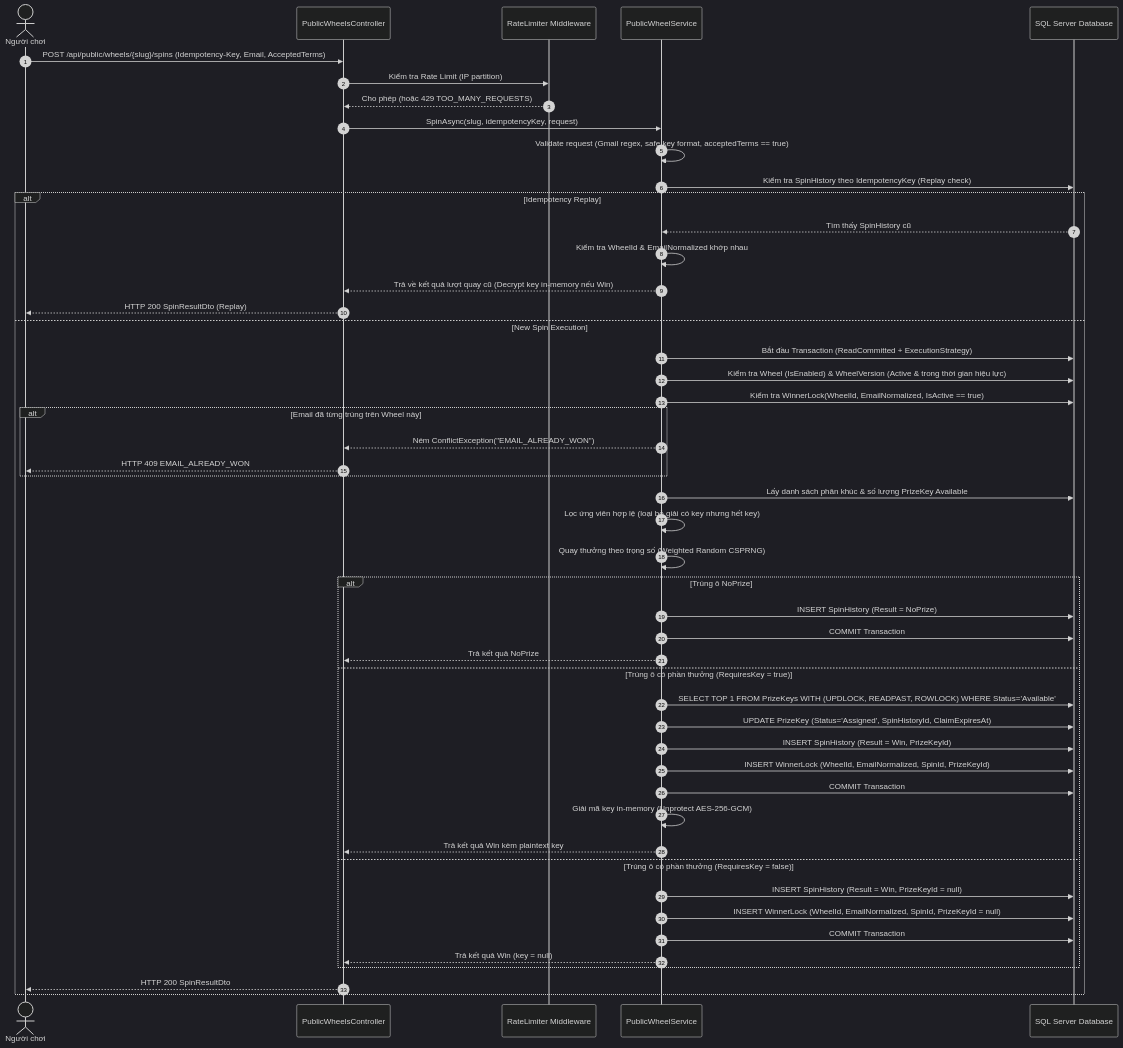
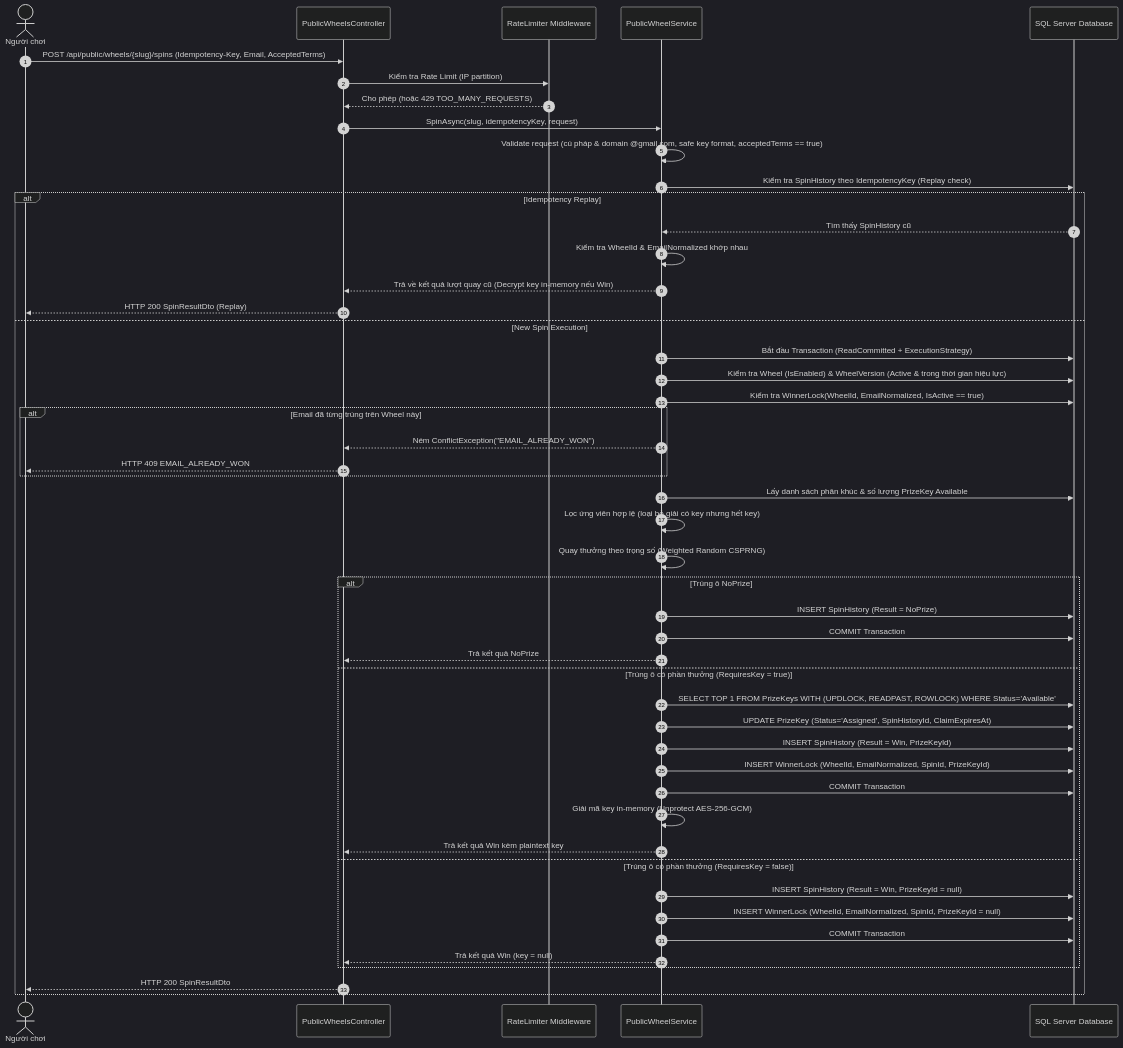
One commit to quangpromen/lucky-wheel-vouchers changed the diagram in src/doc/08-PUBLIC-WHEEL-AND-SPIN-ENGINE.md. Above: the diagram before and after it, drawn with Mermaid (dark theme). The commit also changed other lines of this file and 24 other files, not shown here.

````diff
--- a/src/doc/08-PUBLIC-WHEEL-AND-SPIN-ENGINE.md
+++ b/src/doc/08-PUBLIC-WHEEL-AND-SPIN-ENGINE.md
@@ -21,56 +21,56 @@
 ```mermaid
 sequenceDiagram
     autonumber
     actor Player as Người chơi
     participant Api as PublicWheelsController
     participant Limiter as RateLimiter Middleware
     participant Engine as PublicWheelService
     participant DB as SQL Server Database
 
     Player->>Api: POST /api/public/wheels/{slug}/spins (Idempotency-Key, Email, AcceptedTerms)
     Api->>Limiter: Kiểm tra Rate Limit (IP partition)
     Limiter-->>Api: Cho phép (hoặc 429 TOO_MANY_REQUESTS)
     Api->>Engine: SpinAsync(slug, idempotencyKey, request)
     
-    Engine->>Engine: Validate request (Gmail regex, safe key format, acceptedTerms == true)
+    Engine->>Engine: Validate request (cú pháp & domain @gmail.com, safe key format, acceptedTerms == true)
     
     Engine->>DB: Kiểm tra SpinHistory theo IdempotencyKey (Replay check)
     alt Idempotency Replay
         DB-->>Engine: Tìm thấy SpinHistory cũ
         Engine->>Engine: Kiểm tra WheelId & EmailNormalized khớp nhau
         Engine-->>Api: Trả về kết quả lượt quay cũ (Decrypt key in-memory nếu Win)
         Api-->>Player: HTTP 200 SpinResultDto (Replay)
     else New Spin Execution
         Engine->>DB: Bắt đầu Transaction (ReadCommitted + ExecutionStrategy)
         Engine->>DB: Kiểm tra Wheel (IsEnabled) & WheelVersion (Active & trong thời gian hiệu lực)
         Engine->>DB: Kiểm tra WinnerLock(WheelId, EmailNormalized, IsActive == true)
         alt Email đã từng trúng trên Wheel này
             Engine-->>Api: Ném ConflictException("EMAIL_ALREADY_WON")
             Api-->>Player: HTTP 409 EMAIL_ALREADY_WON
         end
         
         Engine->>DB: Lấy danh sách phân khúc & số lượng PrizeKey Available
         Engine->>Engine: Lọc ứng viên hợp lệ (loại bỏ giải có key nhưng hết key)
         Engine->>Engine: Quay thưởng theo trọng số (Weighted Random CSPRNG)
         
         alt Trúng ô NoPrize
             Engine->>DB: INSERT SpinHistory (Result = NoPrize)
             Engine->>DB: COMMIT Transaction
             Engine-->>Api: Trả kết quả NoPrize
         else Trúng ô có phần thưởng (RequiresKey = true)
             Engine->>DB: SELECT TOP 1 FROM PrizeKeys WITH (UPDLOCK, READPAST, ROWLOCK) WHERE Status='Available'
             Engine->>DB: UPDATE PrizeKey (Status='Assigned', SpinHistoryId, ClaimExpiresAt)
             Engine->>DB: INSERT SpinHistory (Result = Win, PrizeKeyId)
             Engine->>DB: INSERT WinnerLock (WheelId, EmailNormalized, SpinId, PrizeKeyId)
             Engine->>DB: COMMIT Transaction
             Engine->>Engine: Giải mã key in-memory (Unprotect AES-256-GCM)
             Engine-->>Api: Trả kết quả Win kèm plaintext key
         else Trúng ô có phần thưởng (RequiresKey = false)
             Engine->>DB: INSERT SpinHistory (Result = Win, PrizeKeyId = null)
             Engine->>DB: INSERT WinnerLock (WheelId, EmailNormalized, SpinId, PrizeKeyId = null)
             Engine->>DB: COMMIT Transaction
             Engine-->>Api: Trả kết quả Win (key = null)
         end
         Api-->>Player: HTTP 200 SpinResultDto
     end
 ```
````
